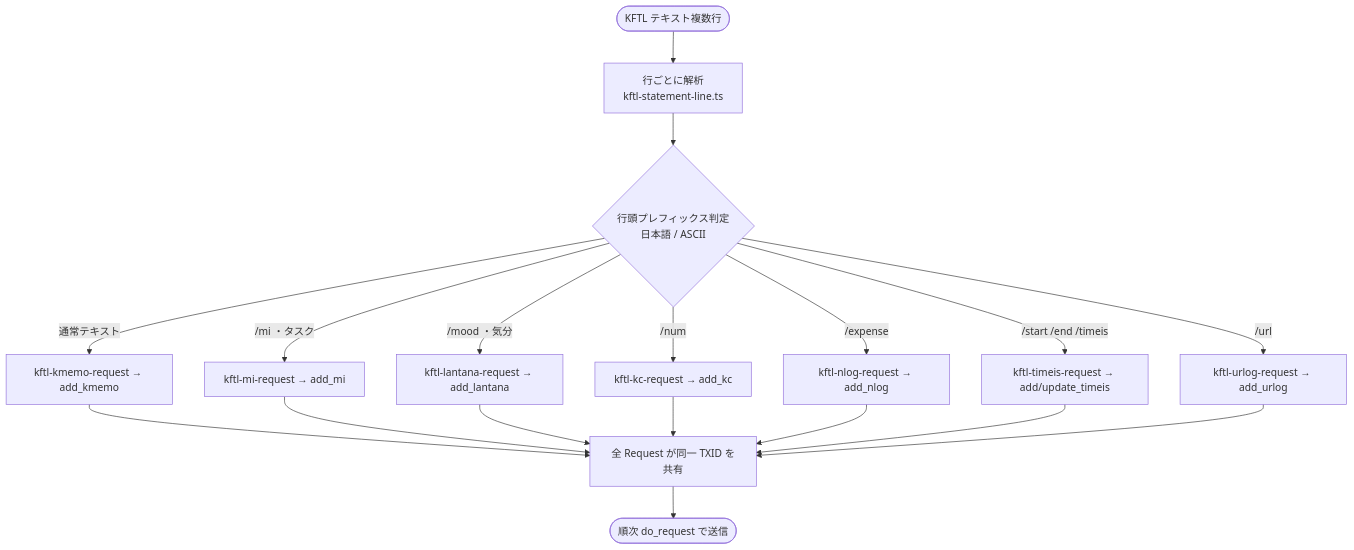
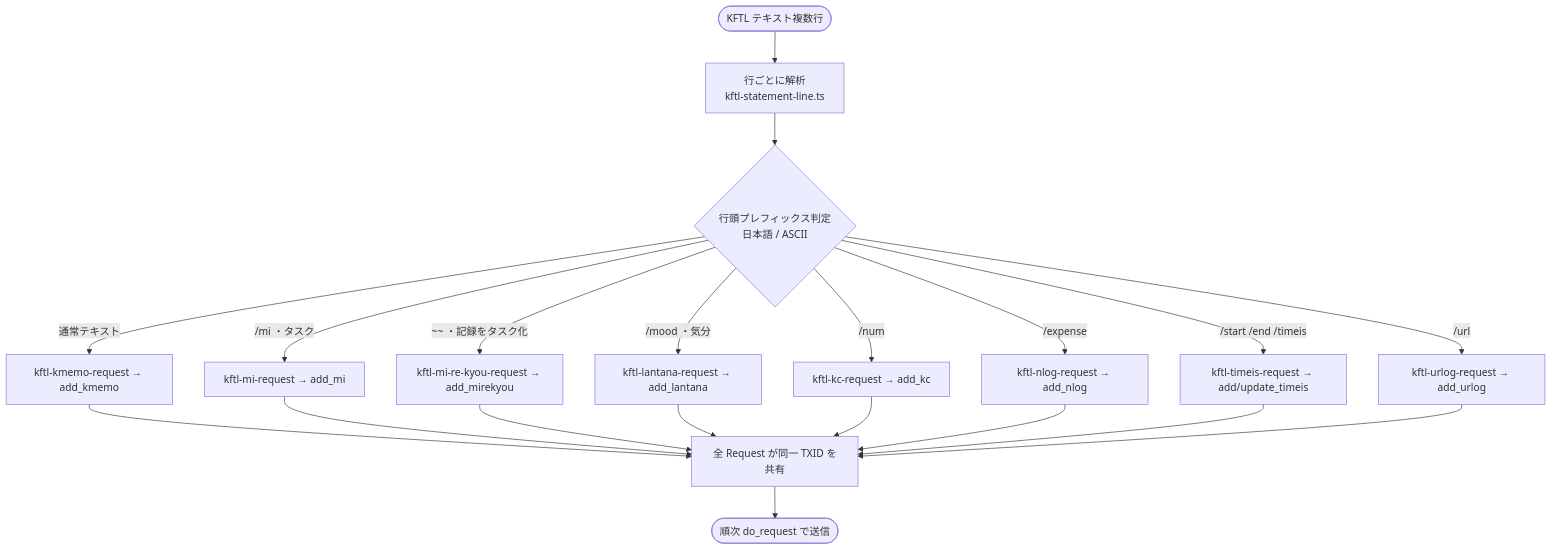
The sixth of 25 diagrams in documents/reverse/scenario.md (mt3hr/gkill), drawn with Mermaid before and after one commit. The commit also changed 58 other files, not shown here.

````diff
--- a/documents/reverse/scenario.md
+++ b/documents/reverse/scenario.md
@@ -221,20 +221,22 @@
 ```mermaid
 flowchart TD
     Start([KFTL テキスト複数行]) --> Split[行ごとに解析<br/>kftl-statement-line.ts]
     Split --> Prefix{行頭プレフィックス判定<br/>日本語 / ASCII}
     Prefix -->|通常テキスト| Kmemo[kftl-kmemo-request → add_kmemo]
     Prefix -->|/mi ・タスク| Mi[kftl-mi-request → add_mi]
+    Prefix -->|~~ ・記録をタスク化| MiReKyou[kftl-mi-re-kyou-request → add_mirekyou]
     Prefix -->|/mood ・気分| Lantana[kftl-lantana-request → add_lantana]
     Prefix -->|/num| Kc[kftl-kc-request → add_kc]
     Prefix -->|/expense| Nlog[kftl-nlog-request → add_nlog]
     Prefix -->|/start /end /timeis| TimeIs[kftl-timeis-request → add/update_timeis]
     Prefix -->|/url| Urlog[kftl-urlog-request → add_urlog]
     Kmemo --> Tx[全 Request が同一 TXID を共有]
     Mi --> Tx
+    MiReKyou --> Tx
     Lantana --> Tx
     Kc --> Tx
     Nlog --> Tx
     TimeIs --> Tx
     Urlog --> Tx
     Tx --> Done([順次 do_request で送信])
 ```
````
